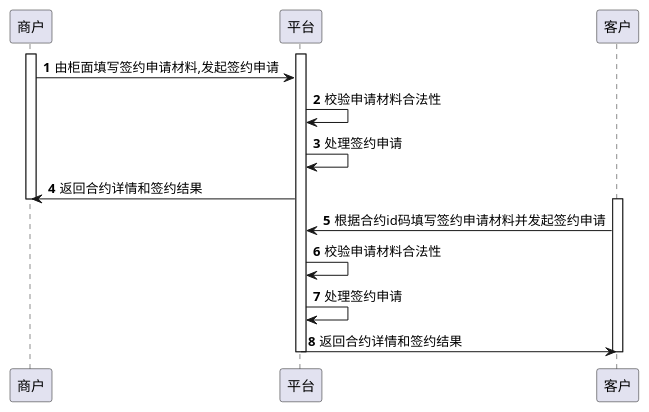
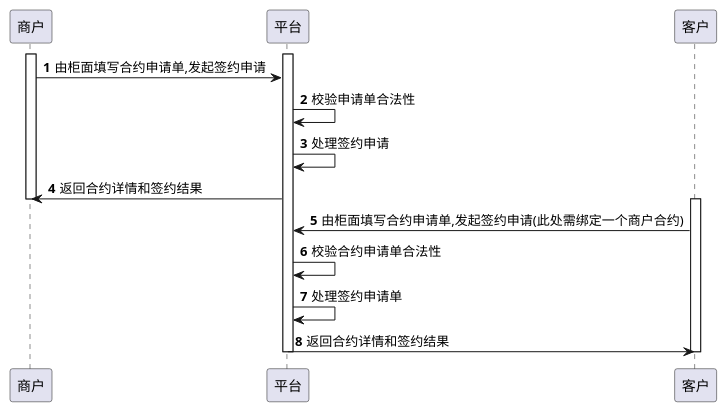
The diagram in contract/src/main/java/com/zantong/contract/签约.puml (xulingfeng931027/contract-collection-platform), drawn with PlantUML before and after one commit. The commit also changed 7 other files, not shown here.

```diff
--- a/contract/src/main/java/com/zantong/contract/签约.puml
+++ b/contract/src/main/java/com/zantong/contract/签约.puml
@@ -1,19 +1,19 @@
 @startuml
 'https://plantuml.com/sequence-diagram
 
 autonumber
 activate 商户
 activate 平台
-商户 -> 平台: 由柜面填写签约申请材料,发起签约申请
-平台 -> 平台: 校验申请材料合法性
+商户 -> 平台: 由柜面填写合约申请单,发起签约申请
+平台 -> 平台: 校验申请单合法性
 平台 -> 平台: 处理签约申请
 平台 -> 商户: 返回合约详情和签约结果
 deactivate 商户
 activate 客户
-客户 -> 平台: 根据合约id码填写签约申请材料并发起签约申请
-平台 -> 平台: 校验申请材料合法性
-平台 -> 平台: 处理签约申请
+客户 -> 平台: 由柜面填写合约申请单,发起签约申请(此处需绑定一个商户合约)
+平台 -> 平台: 校验合约申请单合法性
+平台 -> 平台: 处理签约申请单
 平台 -> 客户: 返回合约详情和签约结果
 deactivate 平台
 deactivate 客户
 @enduml
```
